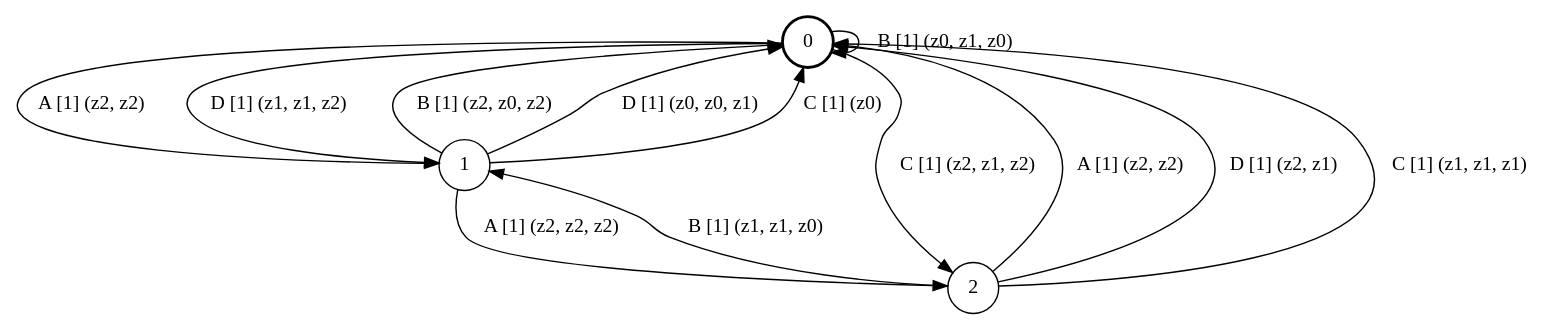
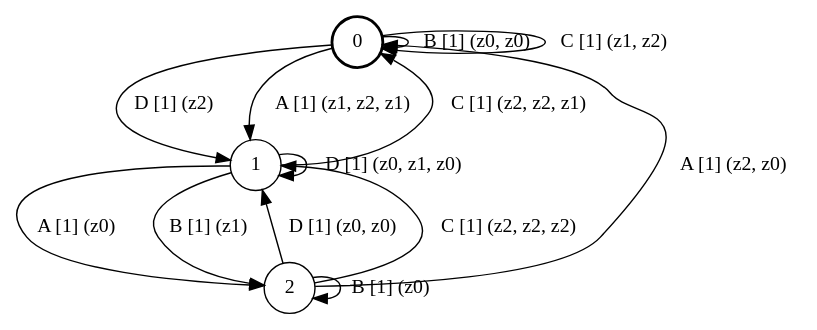
Before and after one commit to ulyantsev/EFSM-tools: the diagram in qbf/testing/fsm_3s4e3a.dot, drawn with Graphviz. The commit also changed 812 other files, not shown here.

```diff
--- a/qbf/testing/fsm_3s4e3a.dot
+++ b/qbf/testing/fsm_3s4e3a.dot
@@ -1,18 +1,18 @@
 # generated file, don't try to modify
 # command: dot -Tpng <filename> > tree.png
 digraph Automaton {
     node [shape = circle];
     0 [style = "bold"];
-    0 -> 0 [label = "B [1] (z0, z1, z0) "];
-    0 -> 1 [label = "A [1] (z2, z2) "];
-    0 -> 1 [label = "D [1] (z1, z1, z2) "];
-    0 -> 2 [label = "C [1] (z2, z1, z2) "];
-    1 -> 0 [label = "B [1] (z2, z0, z2) "];
-    1 -> 2 [label = "A [1] (z2, z2, z2) "];
-    1 -> 0 [label = "D [1] (z0, z0, z1) "];
-    1 -> 0 [label = "C [1] (z0) "];
-    2 -> 1 [label = "B [1] (z1, z1, z0) "];
-    2 -> 0 [label = "A [1] (z2, z2) "];
-    2 -> 0 [label = "D [1] (z2, z1) "];
-    2 -> 0 [label = "C [1] (z1, z1, z1) "];
+    0 -> 1 [label = "D [1] (z2) "];
+    0 -> 1 [label = "A [1] (z1, z2, z1) "];
+    0 -> 0 [label = "B [1] (z0, z0) "];
+    0 -> 0 [label = "C [1] (z1, z2) "];
+    1 -> 1 [label = "D [1] (z0, z1, z0) "];
+    1 -> 2 [label = "A [1] (z0) "];
+    1 -> 2 [label = "B [1] (z1) "];
+    1 -> 0 [label = "C [1] (z2, z2, z1) "];
+    2 -> 1 [label = "D [1] (z0, z0) "];
+    2 -> 0 [label = "A [1] (z2, z0) "];
+    2 -> 2 [label = "B [1] (z0) "];
+    2 -> 1 [label = "C [1] (z2, z2, z2) "];
 }
```
